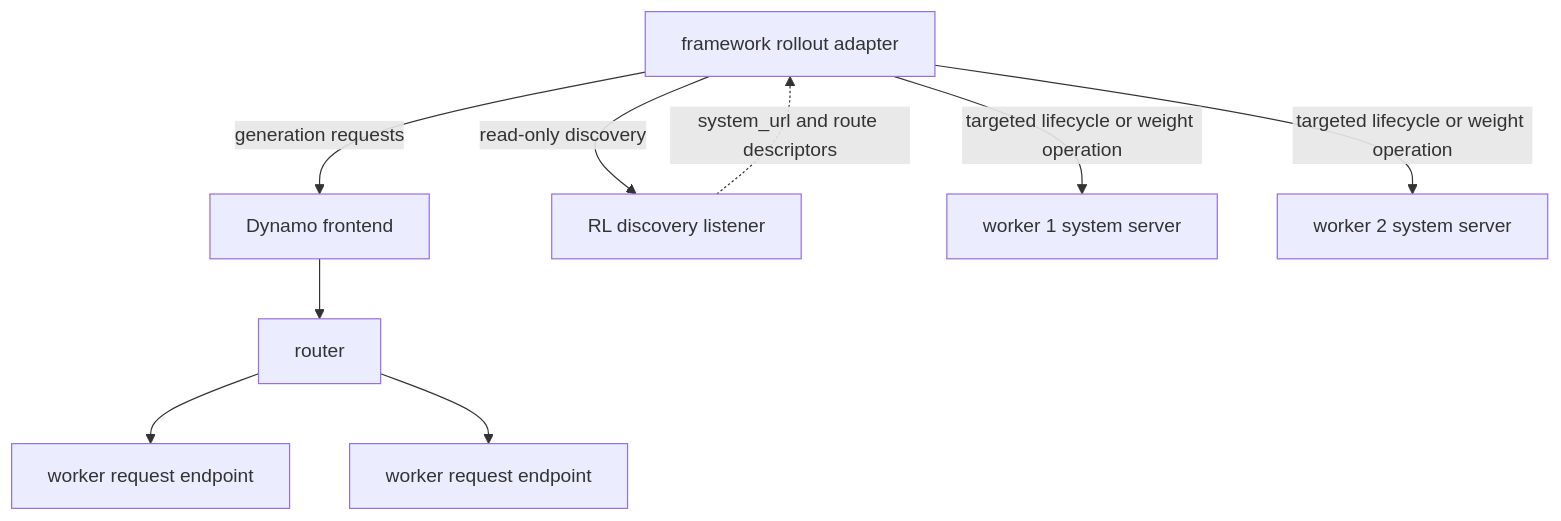
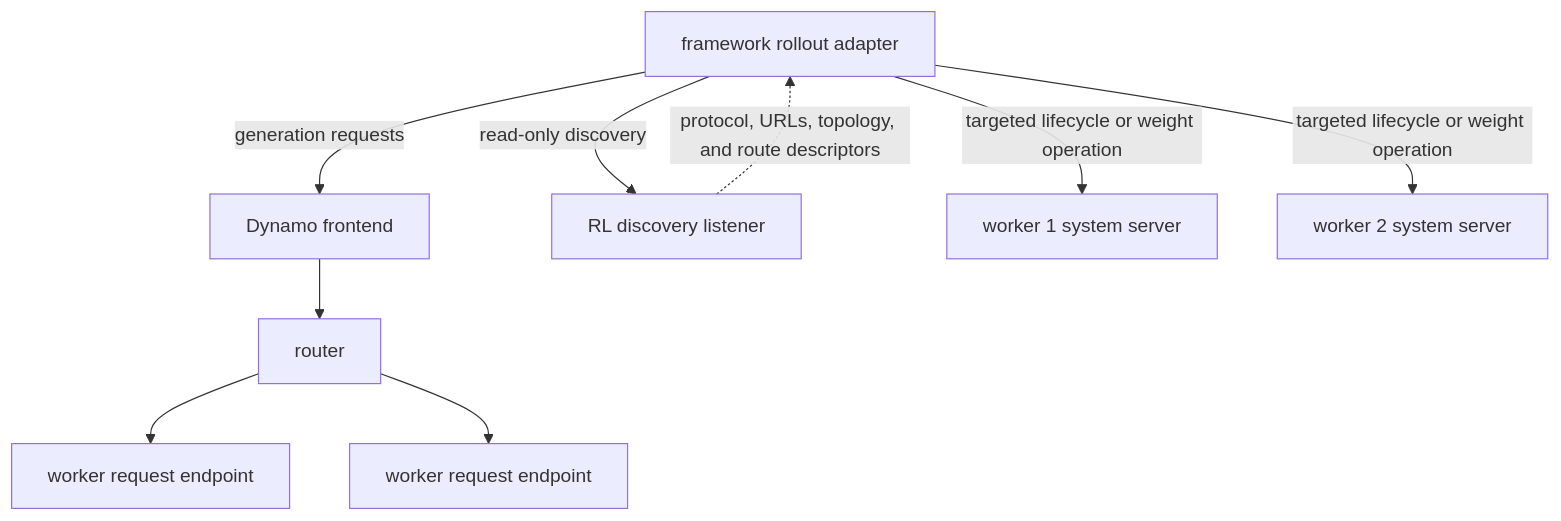
Before and after one commit to ai-dynamo/dynamo: the diagram in docs/fern/pages/use-cases/reinforcement-learning/integration-reference.md, drawn with Mermaid. The commit also changed other lines of this file and 7 other files, not shown here.

````diff
--- a/docs/fern/pages/use-cases/reinforcement-learning/integration-reference.md
+++ b/docs/fern/pages/use-cases/reinforcement-learning/integration-reference.md
@@ -14,11 +14,11 @@
 ```mermaid
 flowchart TB
     A["framework rollout adapter"] -->|"generation requests"| F["Dynamo frontend"]
     F --> R["router"]
     R --> W1["worker request endpoint"]
     R --> W2["worker request endpoint"]
     A -->|"read-only discovery"| D["RL discovery listener"]
-    D -.->|"system_url and route descriptors"| A
+    D -.->|"protocol, URLs, topology, and route descriptors"| A
     A -->|"targeted lifecycle or weight operation"| S1["worker 1 system server"]
     A -->|"targeted lifecycle or weight operation"| S2["worker 2 system server"]
 ```
````
